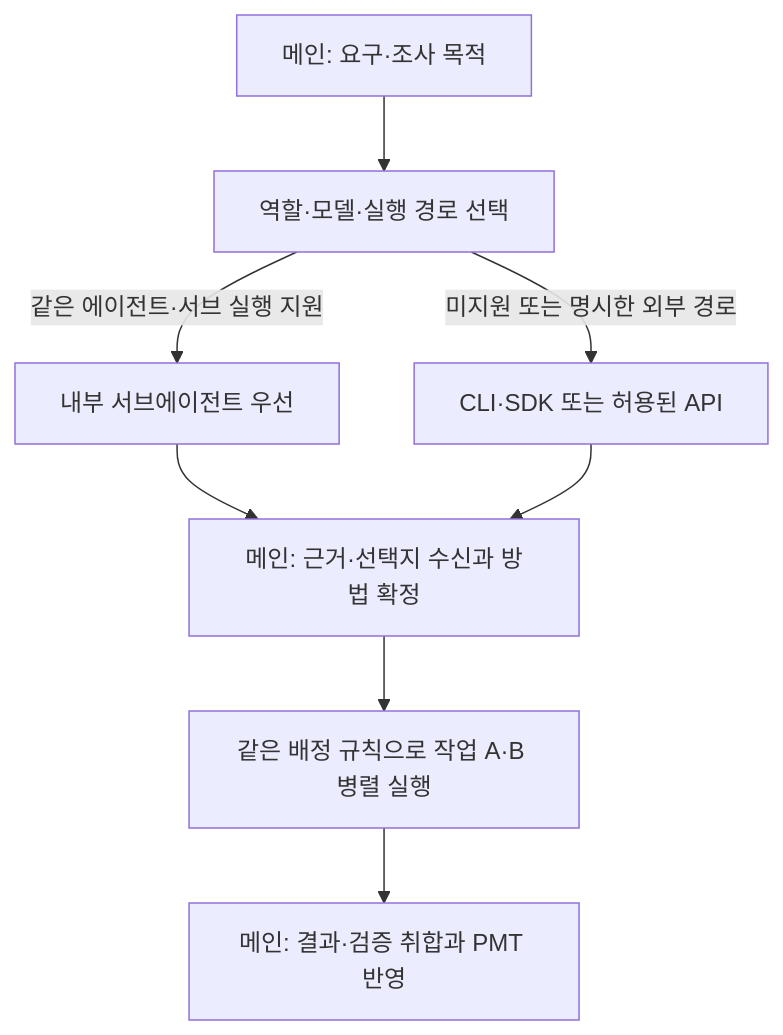
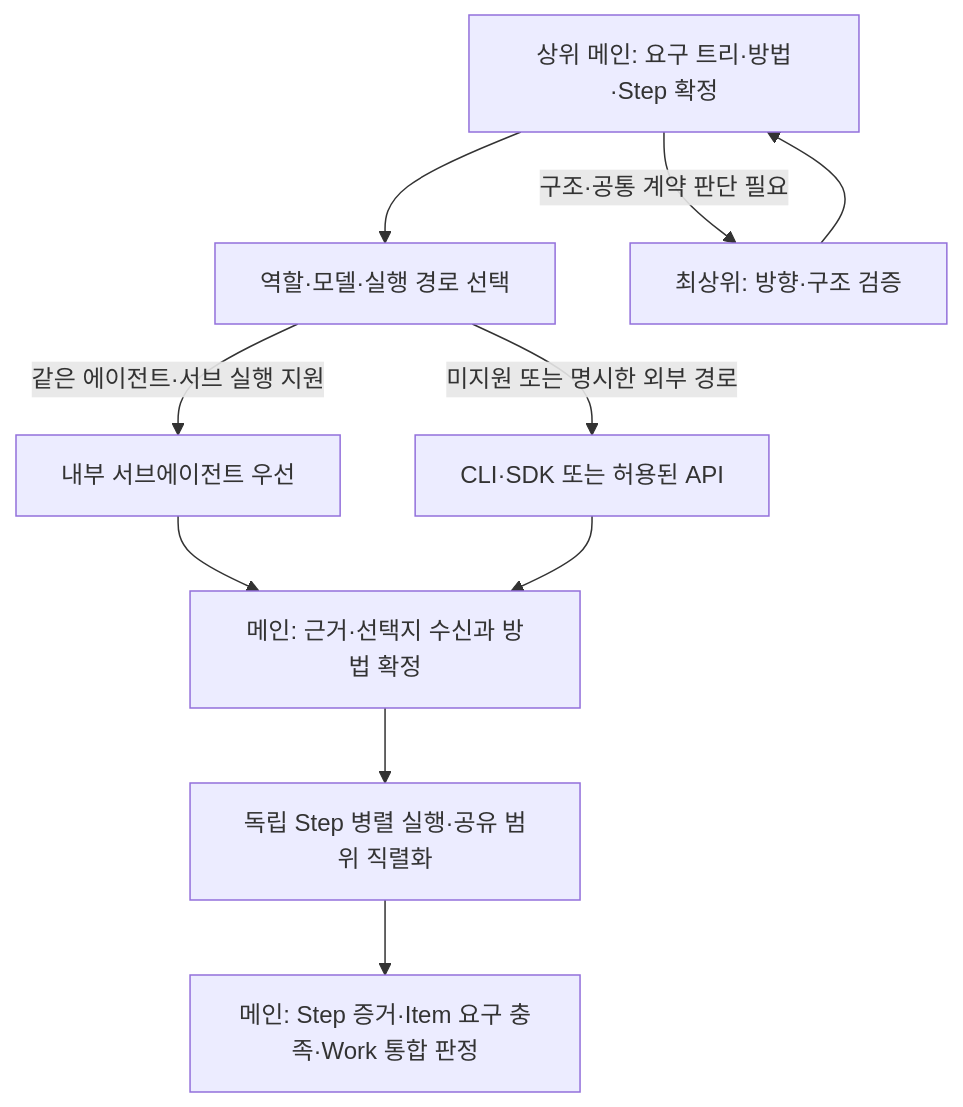
Before and after one commit to wnwjdals7498/j-ai-plugin: the diagram in proj-mgmt-tool/docs/02-model-routing.md, drawn with Mermaid. The commit also changed other lines of this file and 1 other file, not shown here.

Commit message:
docs(pmt): define phase-two roles and Step contracts

````diff
--- a/proj-mgmt-tool/docs/02-model-routing.md
+++ b/proj-mgmt-tool/docs/02-model-routing.md
@@ -7,10 +9,12 @@
 ```mermaid
 flowchart TD
-    Main[메인: 요구·조사 목적] --> Route[역할·모델·실행 경로 선택]
+    Main[상위 메인: 요구 트리·방법·Step 확정] --> Route[역할·모델·실행 경로 선택]
+    Main -->|구조·공통 계약 판단 필요| Top[최상위: 방향·구조 검증]
+    Top --> Main
     Route -->|같은 에이전트·서브 실행 지원| Sub[내부 서브에이전트 우선]
     Route -->|미지원 또는 명시한 외부 경로| External[CLI·SDK 또는 허용된 API]
     Sub --> Choice[메인: 근거·선택지 수신과 방법 확정]
     External --> Choice
-    Choice --> Parallel[같은 배정 규칙으로 작업 A·B 병렬 실행]
-    Parallel --> Finish[메인: 결과·검증 취합과 PMT 반영]
+    Choice --> Parallel[독립 Step 병렬 실행·공유 범위 직렬화]
+    Parallel --> Finish[메인: Step 증거·Item 요구 충족·Work 통합 판정]
 ```
````
